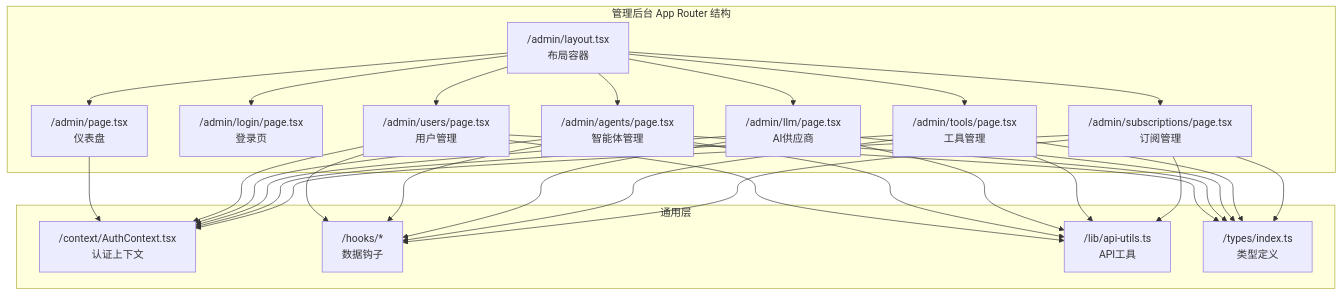
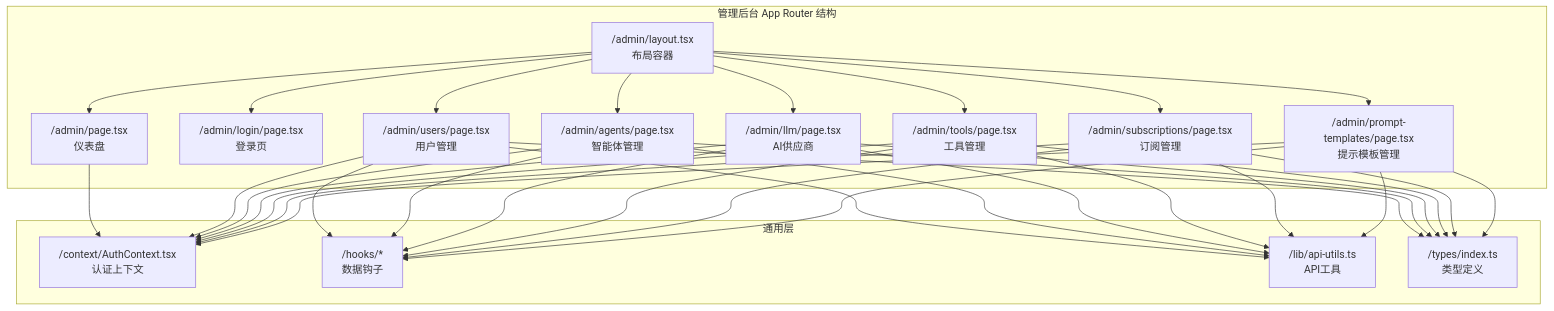
The first of 10 diagrams in .qoder/repowiki/zh/content/管理后台系统.md (KunLabAI/KunFlix), drawn with Mermaid before and after one commit. The commit also changed other lines of this file and 78 other files, not shown here.

````diff
--- a/.qoder/repowiki/zh/content/管理后台系统.md
+++ b/.qoder/repowiki/zh/content/管理后台系统.md
@@ -39,47 +41,53 @@
 ```mermaid
 graph TB
 subgraph "管理后台 App Router 结构"
 A["/admin/layout.tsx<br/>布局容器"]
 B["/admin/page.tsx<br/>仪表盘"]
 C["/admin/login/page.tsx<br/>登录页"]
 D["/admin/users/page.tsx<br/>用户管理"]
 E["/admin/agents/page.tsx<br/>智能体管理"]
 F["/admin/llm/page.tsx<br/>AI供应商"]
 G["/admin/tools/page.tsx<br/>工具管理"]
 H["/admin/subscriptions/page.tsx<br/>订阅管理"]
+I["/admin/prompt-templates/page.tsx<br/>提示模板管理"]
 end
 subgraph "通用层"
-I["/context/AuthContext.tsx<br/>认证上下文"]
-J["/hooks/*<br/>数据钩子"]
-K["/lib/api-utils.ts<br/>API工具"]
-L["/types/index.ts<br/>类型定义"]
+J["/context/AuthContext.tsx<br/>认证上下文"]
+K["/hooks/*<br/>数据钩子"]
+L["/lib/api-utils.ts<br/>API工具"]
+M["/types/index.ts<br/>类型定义"]
 end
 A --> B
 A --> C
 A --> D
 A --> E
 A --> F
 A --> G
 A --> H
-B --> I
-D --> I
-E --> I
-F --> I
-G --> I
-H --> I
+A --> I
+B --> J
 D --> J
 E --> J
 F --> J
 G --> J
 H --> J
+I --> J
 D --> K
 E --> K
 F --> K
 G --> K
 H --> K
+I --> K
 D --> L
 E --> L
 F --> L
 G --> L
 H --> L
+I --> L
+D --> M
+E --> M
+F --> M
+G --> M
+H --> M
+I --> M
 ```
````
